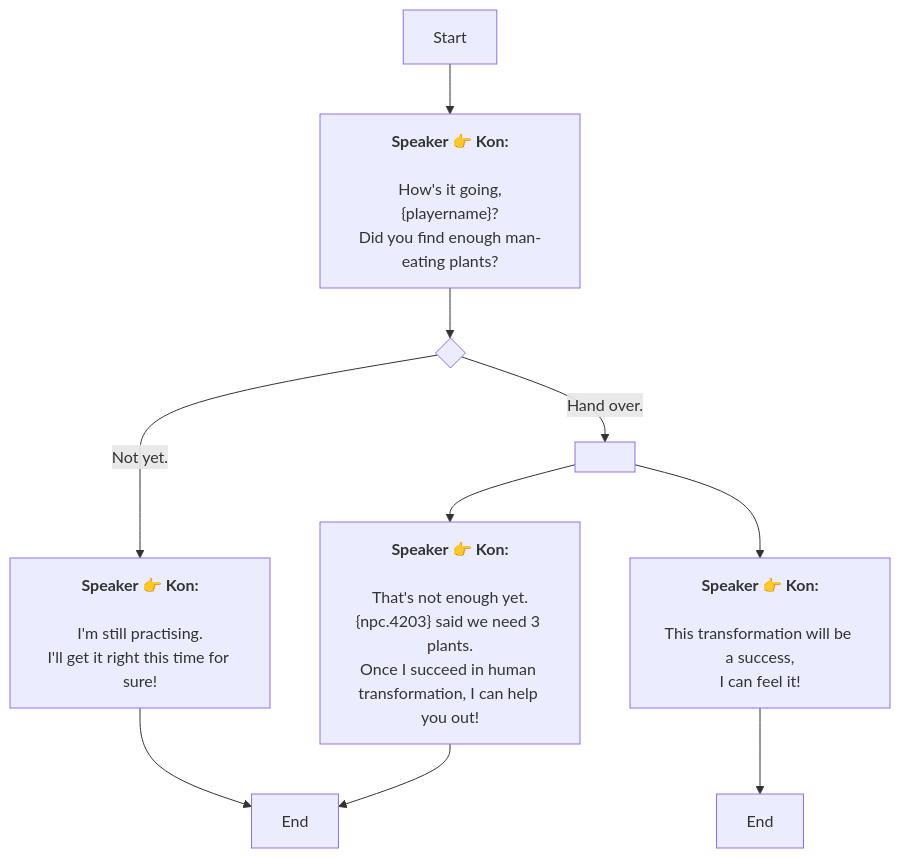
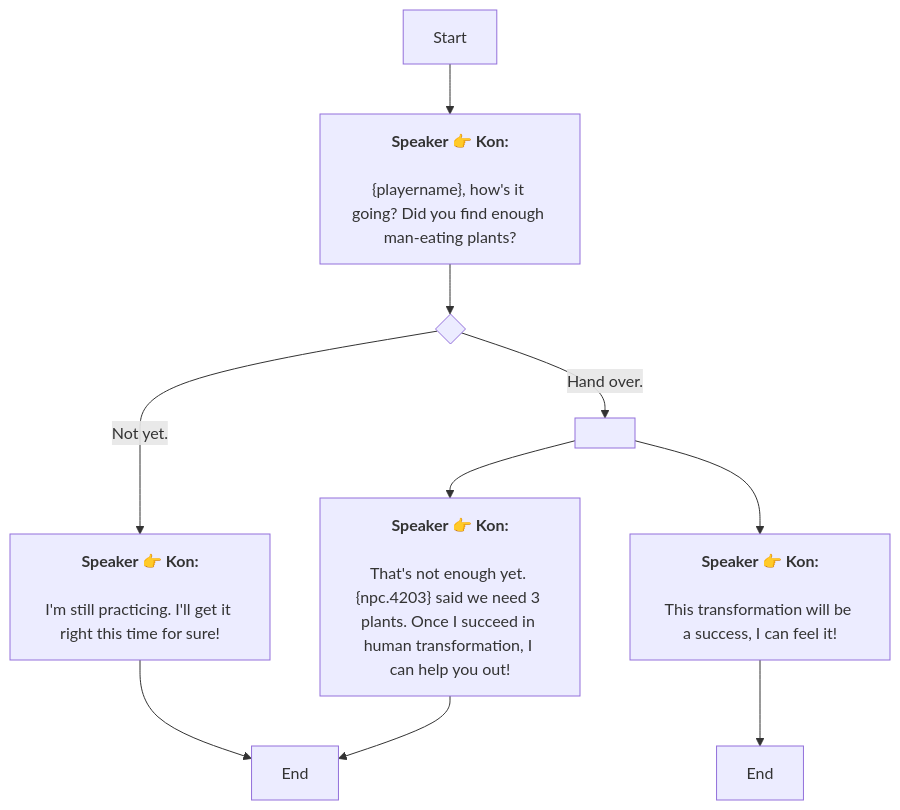
The diagram in En/QuestTalkObjectiveNode_1738540454527154.md (SoftHu/tos_avg), drawn with Mermaid before and after one commit. The commit also changed 199 other files, not shown here.

````diff
--- a/En/QuestTalkObjectiveNode_1738540454527154.md
+++ b/En/QuestTalkObjectiveNode_1738540454527154.md
@@ -1,27 +1,21 @@
 ```mermaid
 graph
 Start -->1738540623759549[<b>Speaker 👉 Kon:</b>
 
-How's it going,
-&lbrace;playername&rbrace;?
-Did you find enough man-eating plants?]
+&lbrace;playername&rbrace;, how's it going? Did you find enough man-eating plants?]
 1738540623759549 -->1738540722460865{ }
 1738540722460865 -->|Not yet.|1738541281747142[<b>Speaker 👉 Kon:</b>
 
-I'm still practising.
-I'll get it right this time for sure!]
+I'm still practicing. I'll get it right this time for sure!]
 1738540722460865 -->|Hand over.|1738552948907153[ ]
 1738541281747142 -->1738541321536711[End]
 1738552948907153 -->1738540706198720[<b>Speaker 👉 Kon:</b>
 
-This transformation will be a success,
-I can feel it!]
+This transformation will be a success, I can feel it!]
 1738552948907153 -->1738540704310463[<b>Speaker 👉 Kon:</b>
 
-That's not enough yet.
-&lbrace;npc.4203&rbrace; said we need 3 plants.
-Once I succeed in human transformation, I can help you out!]
+That's not enough yet. &lbrace;npc.4203&rbrace; said we need 3 plants. Once I succeed in human transformation, I can help you out!]
 1738540706198720 -->1738541365653704[End]
 1738540704310463 -->1738541321536711[End]
 
  ```
````
